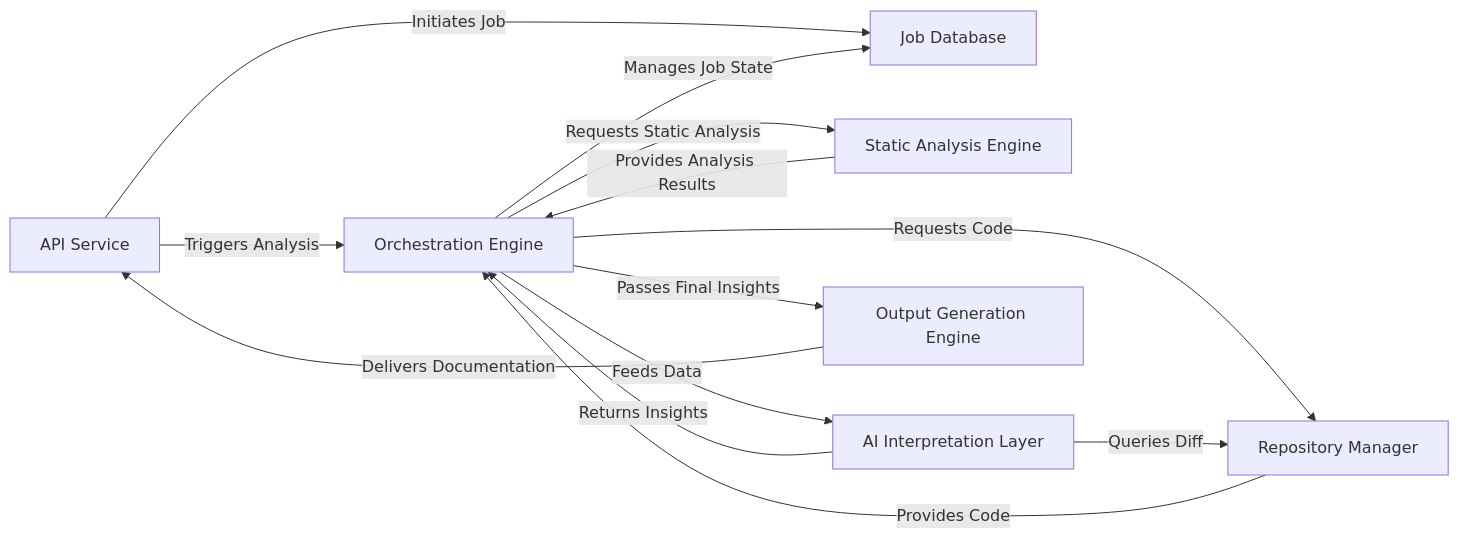
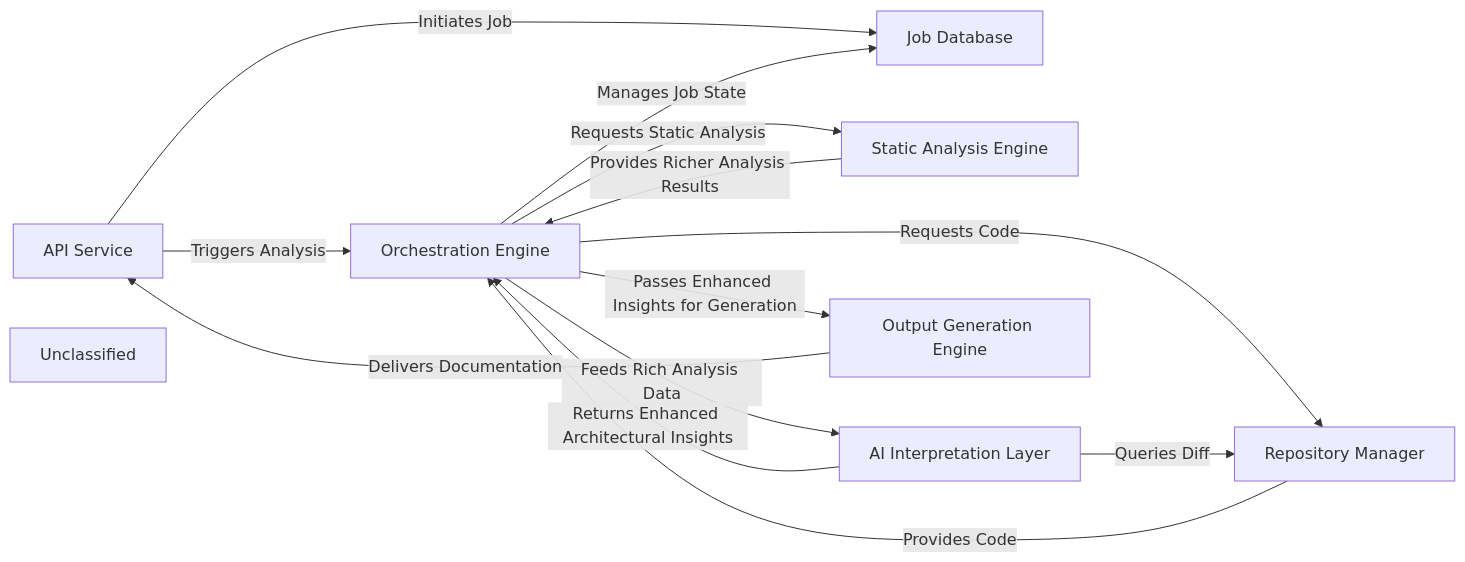
Before and after one commit to mariyam866/CodeBoarding: the first of 4 diagrams in README.md, drawn with Mermaid. The commit also changed other lines of this file and 2 other files, not shown here.

First line of the commit message:
Migrated from github-linguist to tokei to support cross-platform (#55)

````diff
--- a/README.md
+++ b/README.md
@@ -23,28 +24,29 @@
 ```mermaid
 graph LR
     API_Service["API Service"]
     Job_Database["Job Database"]
     Orchestration_Engine["Orchestration Engine"]
     Repository_Manager["Repository Manager"]
     Static_Analysis_Engine["Static Analysis Engine"]
     AI_Interpretation_Layer["AI Interpretation Layer"]
     Output_Generation_Engine["Output Generation Engine"]
-    API_Service -- "Initiates Job" --> Job_Database
-    API_Service -- "Triggers Analysis" --> Orchestration_Engine
-    Orchestration_Engine -- "Manages Job State" --> Job_Database
-    Orchestration_Engine -- "Requests Code" --> Repository_Manager
-    Repository_Manager -- "Provides Code" --> Orchestration_Engine
-    Orchestration_Engine -- "Requests Static Analysis" --> Static_Analysis_Engine
-    Static_Analysis_Engine -- "Provides Analysis Results" --> Orchestration_Engine
-    Orchestration_Engine -- "Feeds Data" --> AI_Interpretation_Layer
-    AI_Interpretation_Layer -- "Returns Insights" --> Orchestration_Engine
-    AI_Interpretation_Layer -- "Queries Diff" --> Repository_Manager
-    Orchestration_Engine -- "Passes Final Insights" --> Output_Generation_Engine
-    Output_Generation_Engine -- "Delivers Documentation" --> API_Service
-    click API_Service href "https://github.com/CodeBoarding/CodeBoarding/blob/main/.codeboarding/API_Service.md" "Details"
+    Unclassified["Unclassified"]
+    API_Service -- " Initiates Job " --> Job_Database
+    API_Service -- " Triggers Analysis " --> Orchestration_Engine
+    Orchestration_Engine -- " Manages Job State " --> Job_Database
+    Orchestration_Engine -- " Requests Code " --> Repository_Manager
+    Repository_Manager -- " Provides Code " --> Orchestration_Engine
+    Orchestration_Engine -- " Requests Static Analysis " --> Static_Analysis_Engine
+    Static_Analysis_Engine -- " Provides Richer Analysis Results " --> Orchestration_Engine
+    Orchestration_Engine -- " Feeds Rich Analysis Data " --> AI_Interpretation_Layer
+    AI_Interpretation_Layer -- " Returns Enhanced Architectural Insights " --> Orchestration_Engine
+    AI_Interpretation_Layer -- " Queries Diff " --> Repository_Manager
+    Orchestration_Engine -- " Passes Enhanced Insights for Generation " --> Output_Generation_Engine
+    Output_Generation_Engine -- " Delivers Documentation " --> API_Service
     click Job_Database href "https://github.com/CodeBoarding/CodeBoarding/blob/main/.codeboarding/Job_Database.md" "Details"
+    click Orchestration_Engine href "https://github.com/CodeBoarding/CodeBoarding/blob/main/.codeboarding/Orchestration_Engine.md" "Details"
     click Repository_Manager href "https://github.com/CodeBoarding/CodeBoarding/blob/main/.codeboarding/Repository_Manager.md" "Details"
     click Static_Analysis_Engine href "https://github.com/CodeBoarding/CodeBoarding/blob/main/.codeboarding/Static_Analysis_Engine.md" "Details"
     click AI_Interpretation_Layer href "https://github.com/CodeBoarding/CodeBoarding/blob/main/.codeboarding/AI_Interpretation_Layer.md" "Details"
     click Output_Generation_Engine href "https://github.com/CodeBoarding/CodeBoarding/blob/main/.codeboarding/Output_Generation_Engine.md" "Details"
 ```
````
